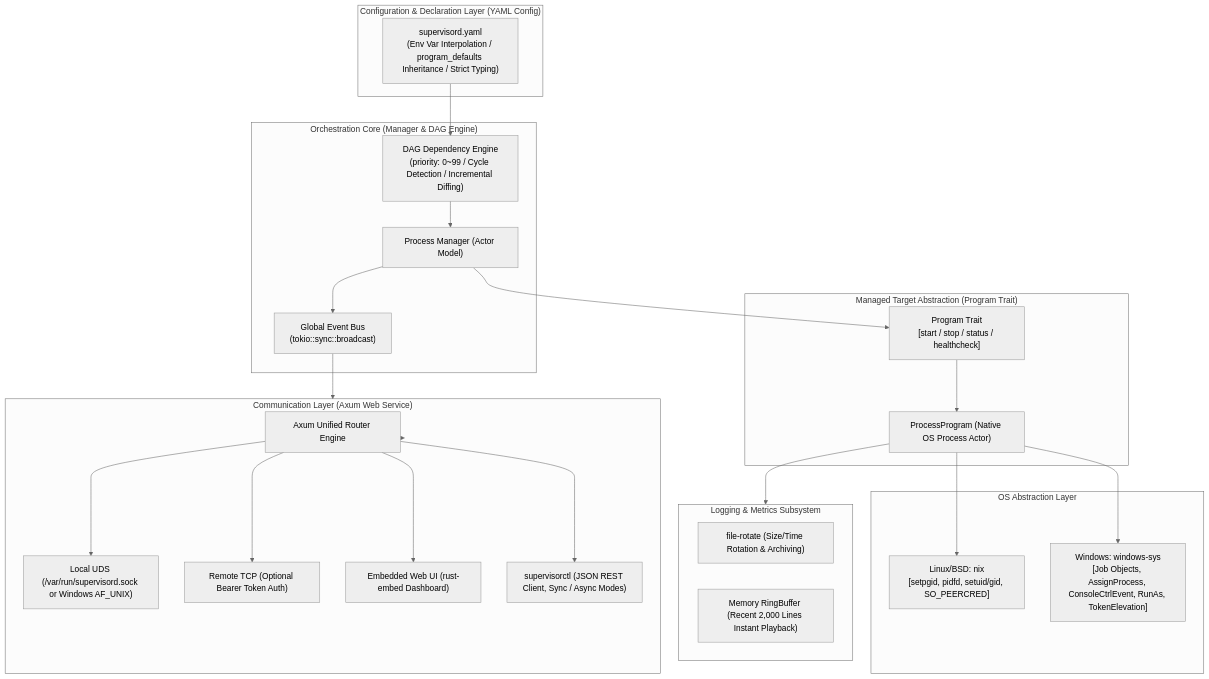
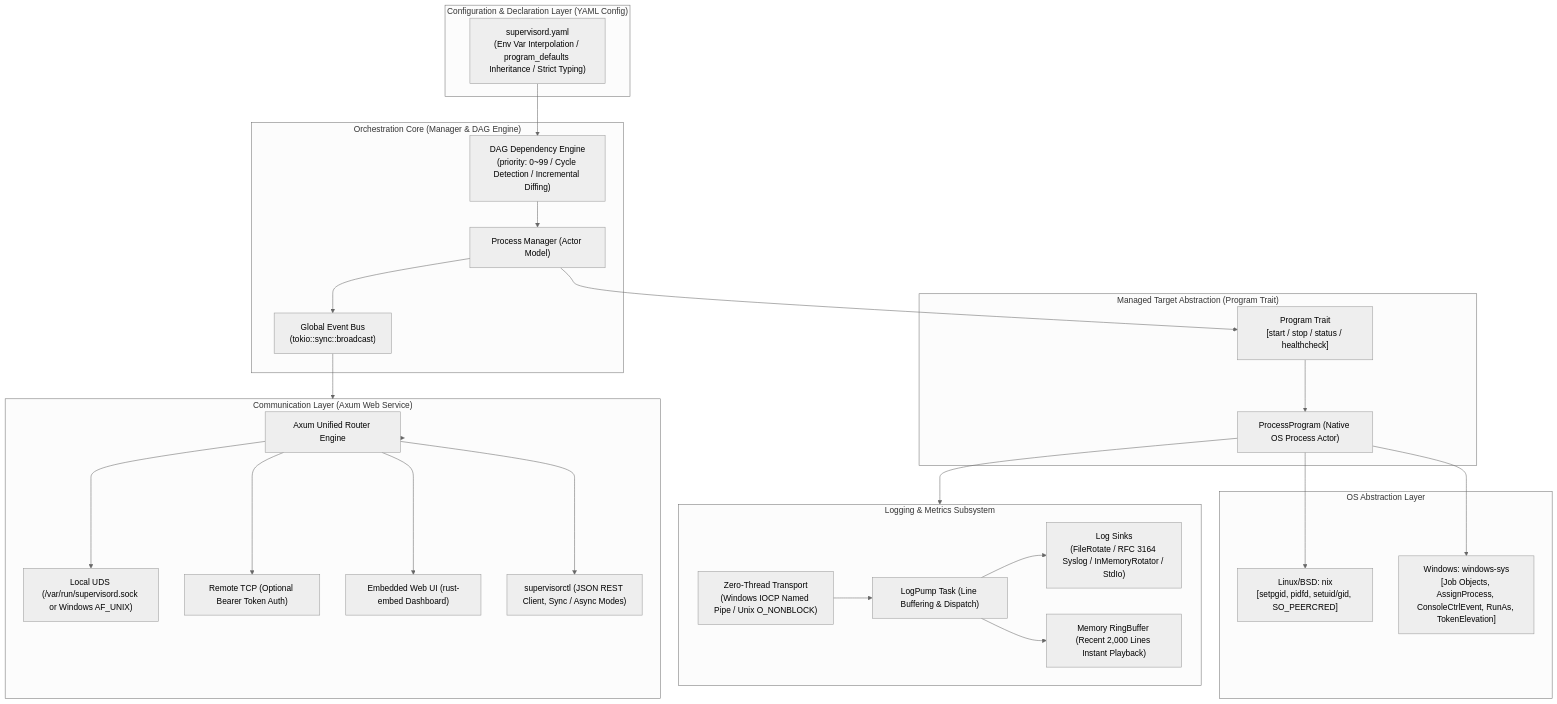
One commit to spritetong/rsupervisord changed the diagram in docs/PRD.md. Above: the diagram before and after it, drawn with Mermaid (neutral theme). The commit also changed other lines of this file and 13 other files, not shown here.

````diff
--- a/docs/PRD.md
+++ b/docs/PRD.md
@@ -45,49 +45,53 @@
 ```mermaid
 flowchart TD
     subgraph ConfigLayer ["Configuration & Declaration Layer (YAML Config)"]
         YAML["supervisord.yaml\n(Env Var Interpolation / program_defaults Inheritance / Strict Typing)"]
     end
 
     subgraph ManagerLayer ["Orchestration Core (Manager & DAG Engine)"]
         DAG["DAG Dependency Engine\n(priority: 0~99 / Cycle Detection / Incremental Diffing)"]
         Supervisor["Process Manager (Actor Model)"]
         EventBus["Global Event Bus\n(tokio::sync::broadcast)"]
     end
 
     subgraph ProgramTraitLayer ["Managed Target Abstraction (Program Trait)"]
         Trait["Program Trait\n[start / stop / status / healthcheck]"]
         ProcessProgram["ProcessProgram (Native OS Process Actor)"]
     end
 
     subgraph PlatformLayer ["OS Abstraction Layer"]
         PosixBackend["Linux/BSD: nix\n[setpgid, pidfd, setuid/gid, SO_PEERCRED]"]
         WinBackend["Windows: windows-sys\n[Job Objects, AssignProcess, ConsoleCtrlEvent, RunAs, TokenElevation]"]
     end
 
     subgraph LoggingLayer ["Logging & Metrics Subsystem"]
-        Rotate["file-rotate (Size/Time Rotation & Archiving)"]
+        LogTransport["Zero-Thread Transport\n(Windows IOCP Named Pipe / Unix O_NONBLOCK)"]
+        LogPump["LogPump Task (Line Buffering & Dispatch)"]
+        LogSinks["Log Sinks\n(FileRotate / RFC 3164 Syslog / InMemoryRotator / StdIo)"]
         RingBuf["Memory RingBuffer (Recent 2,000 Lines Instant Playback)"]
+        LogTransport --> LogPump --> LogSinks
+        LogPump --> RingBuf
     end
 
     subgraph CommunicationLayer ["Communication Layer (Axum Web Service)"]
         Endpoints["Axum Unified Router Engine"]
         UDS["Local UDS (/var/run/supervisord.sock or Windows AF_UNIX)"]
         TCP["Remote TCP (Optional Bearer Token Auth)"]
         WebUI["Embedded Web UI (rust-embed Dashboard)"]
         CLI["supervisorctl (JSON REST Client, Sync / Async Modes)"]
     end
 
     YAML --> DAG --> Supervisor
     Supervisor --> Trait
     Trait --> ProcessProgram
     ProcessProgram --> PosixBackend
     ProcessProgram --> WinBackend
     ProcessProgram --> LoggingLayer
     Supervisor --> EventBus
     EventBus --> CommunicationLayer
     CommunicationLayer --> Endpoints
     Endpoints --> UDS
     Endpoints --> TCP
     Endpoints --> WebUI
     Endpoints --> CLI
 ```
````
